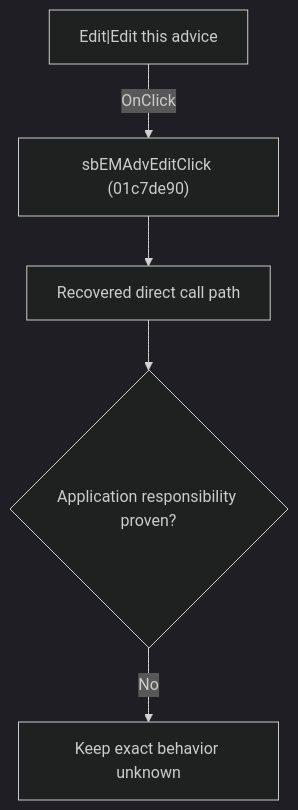
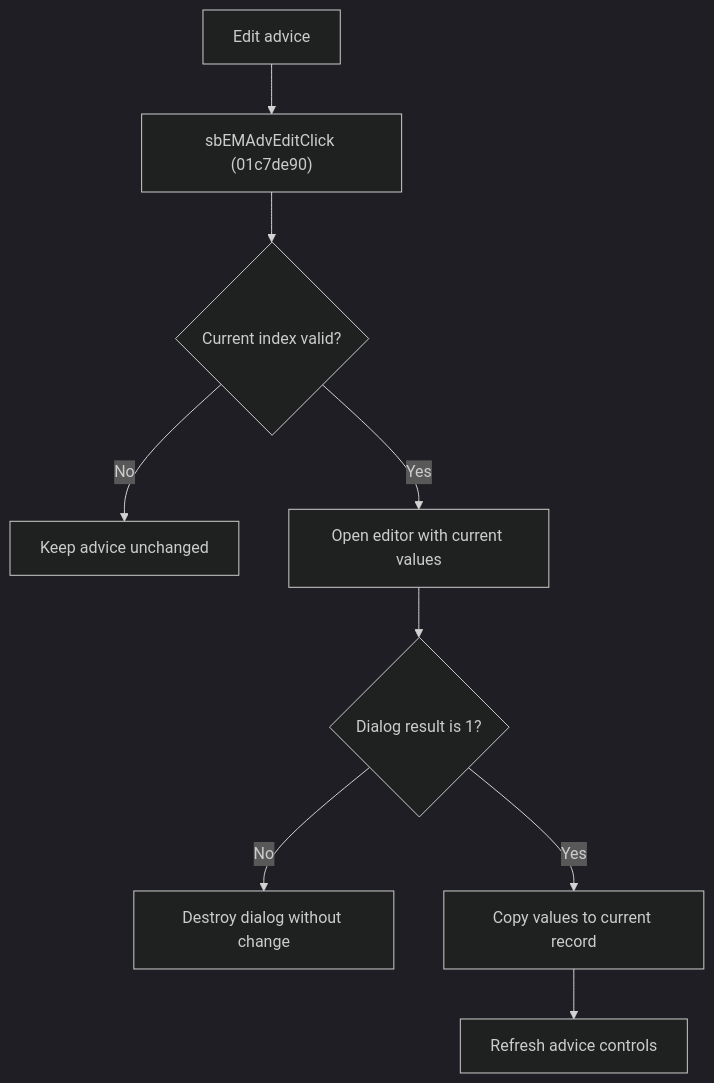
The diagram in docs/ui-controls/schematiceditor/sbemadvedit-59aa7336c7.md (MovGP0/TIARA), drawn with Mermaid (dark theme) before and after one commit. The commit also changed other lines of this file and 241 other files, not shown here.

````diff
--- a/docs/ui-controls/schematiceditor/sbemadvedit-59aa7336c7.md
+++ b/docs/ui-controls/schematiceditor/sbemadvedit-59aa7336c7.md
@@ -27,7 +20,11 @@
 ```mermaid
 flowchart TD
-    control["Edit|Edit this advice"] -->|"OnClick"| handler["sbEMAdvEditClick (01c7de90)"]
-    handler --> recovered["Recovered direct call path"]
-    recovered --> gap{"Application responsibility proven?"}
-    gap -->|"No"| blocked["Keep exact behavior unknown"]
+    control["Edit advice"] --> handler["sbEMAdvEditClick (01c7de90)"]
+    handler --> valid{"Current index valid?"}
+    valid -->|"No"| noop["Keep advice unchanged"]
+    valid -->|"Yes"| dialog["Open editor with current values"]
+    dialog --> accepted{"Dialog result is 1?"}
+    accepted -->|"No"| close["Destroy dialog without change"]
+    accepted -->|"Yes"| save["Copy values to current record"]
+    save --> refresh["Refresh advice controls"]
 ```
````
